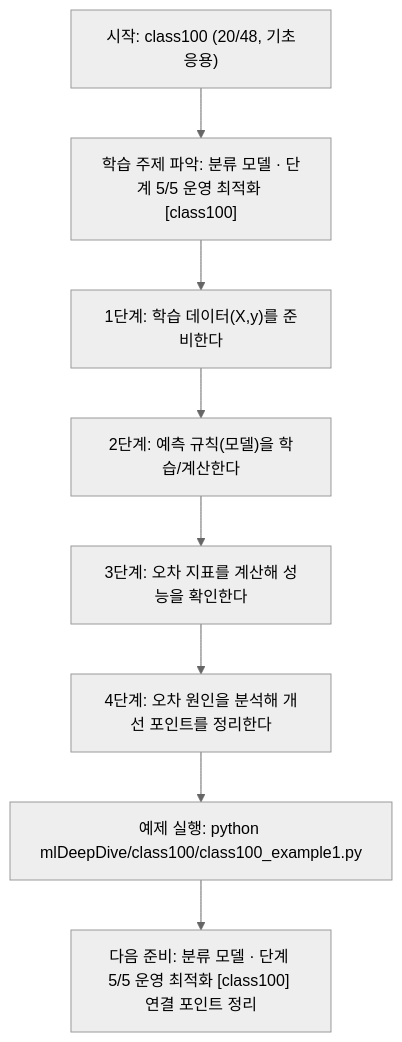
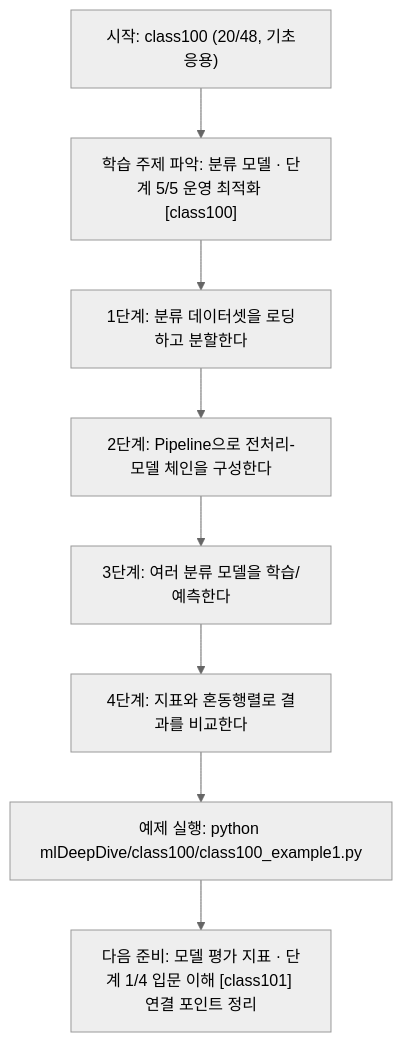
One commit to edumgt/Python-AI_Agent-Class changed the diagram in mlDeepDive/class100/class100.md. Above: the diagram before and after it, drawn with Mermaid (neutral theme). The commit also changed other lines of this file and 338 other files, not shown here.

````diff
--- a/mlDeepDive/class100/class100.md
+++ b/mlDeepDive/class100/class100.md
@@ -109,18 +91,18 @@
 ```mermaid
 flowchart TD
 N1["시작: class100 (20/48, 기초응용)"]
 N2["학습 주제 파악: 분류 모델 · 단계 5/5 운영 최적화 [class100]"]
-N3["1단계: 학습 데이터(X,y)를 준비한다"]
-N4["2단계: 예측 규칙(모델)을 학습/계산한다"]
-N5["3단계: 오차 지표를 계산해 성능을 확인한다"]
-N6["4단계: 오차 원인을 분석해 개선 포인트를 정리한다"]
+N3["1단계: 분류 데이터셋을 로딩하고 분할한다"]
+N4["2단계: Pipeline으로 전처리-모델 체인을 구성한다"]
+N5["3단계: 여러 분류 모델을 학습/예측한다"]
+N6["4단계: 지표와 혼동행렬로 결과를 비교한다"]
 N7["예제 실행: python mlDeepDive/class100/class100_example1.py"]
-N8["다음 준비: 분류 모델 · 단계 5/5 운영 최적화 [class100] 연결 포인트 정리"]
+N8["다음 준비: 모델 평가 지표 · 단계 1/4 입문 이해 [class101] 연결 포인트 정리"]
 N1 --> N2
 N2 --> N3
 N3 --> N4
 N4 --> N5
 N5 --> N6
 N6 --> N7
 N7 --> N8
 ```
````
